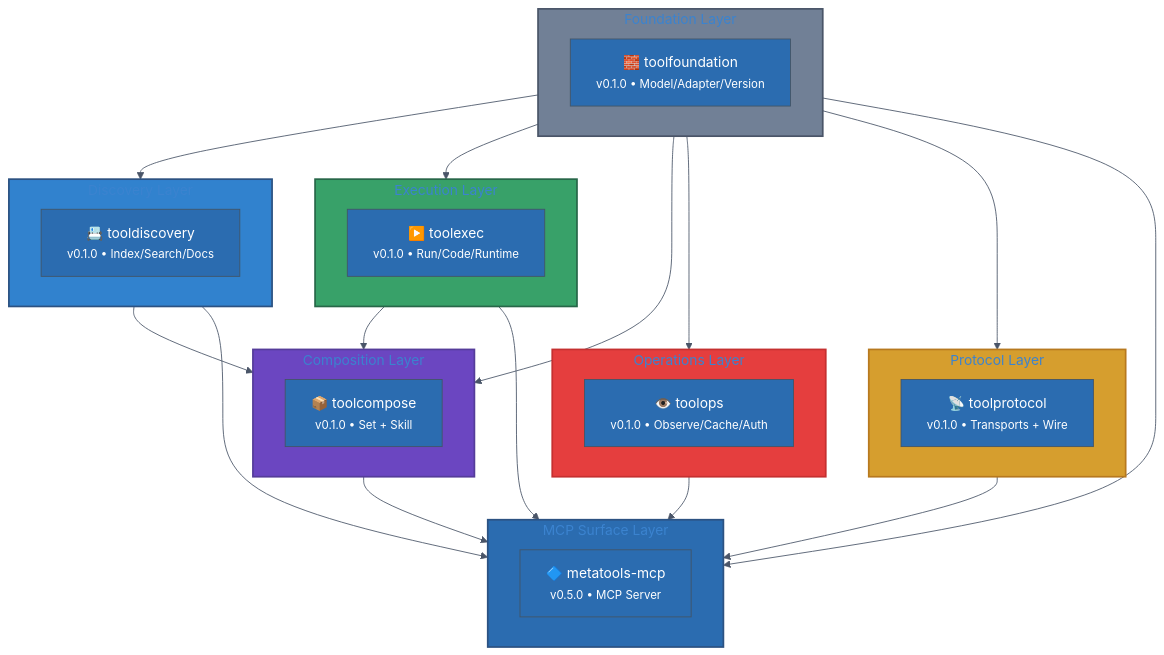
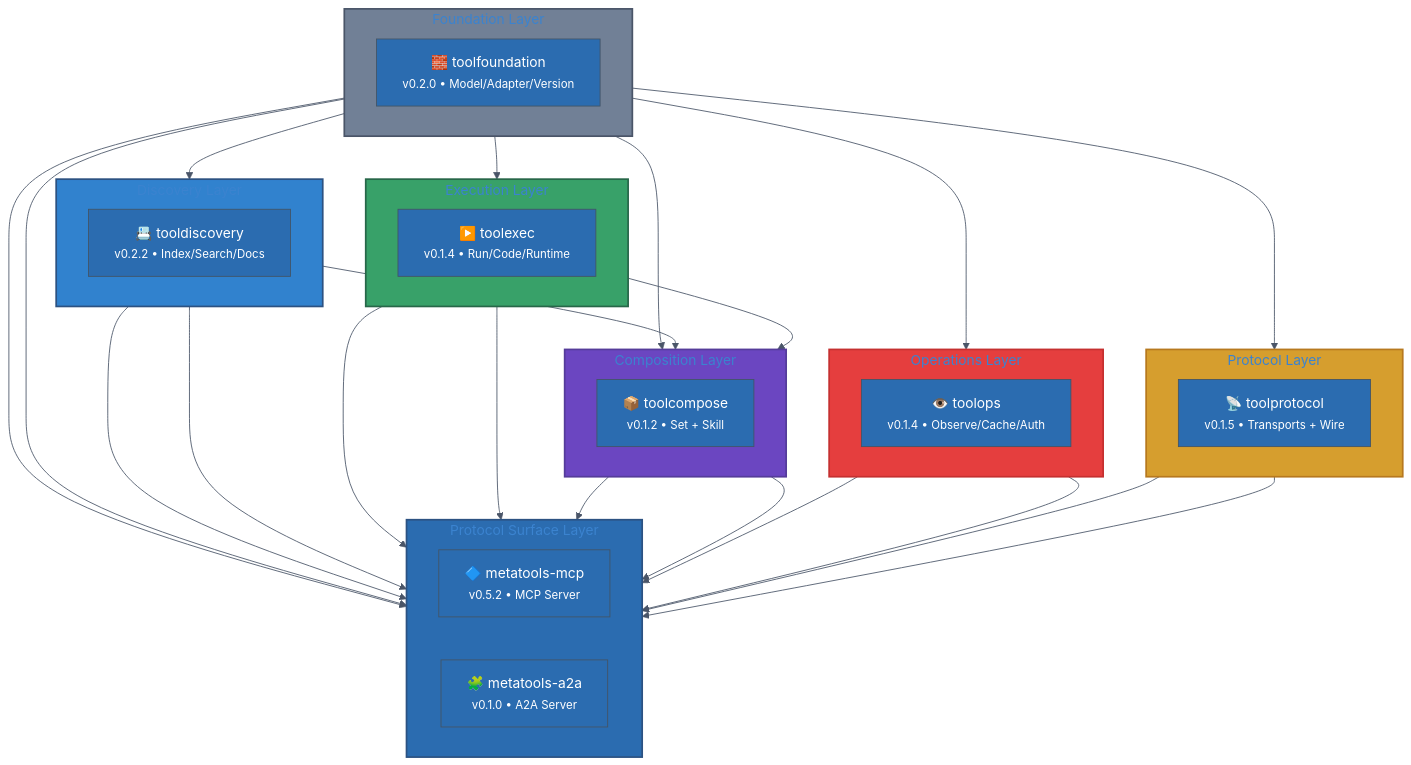
Before and after one commit to jonwraymond/ai-tools-stack: the second of 7 diagrams in docs/architecture/overview.md, drawn with Mermaid. The commit also changed other lines of this file and 29 other files, not shown here.

Commit message:
feat: add A2A docs, diagrams, and version sync

````diff
--- a/docs/architecture/overview.md
+++ b/docs/architecture/overview.md
@@ -52,62 +60,70 @@
 ```mermaid
 %%{init: {'theme': 'base', 'themeVariables': {'primaryColor': '#2b6cb0', 'primaryTextColor': '#fff', 'lineColor': '#4a5568'}}}%%
 flowchart TB
-    subgraph surface["MCP Surface Layer"]
+    subgraph surface["Protocol Surface Layer"]
         direction LR
-        metatools["🔷 metatools-mcp<br/><small>v0.5.0 • MCP Server</small>"]
+        metatools["🔷 metatools-mcp<br/><small>v0.5.2 • MCP Server</small>"]
+        metatoolsA2A["🧩 metatools-a2a<br/><small>v0.1.0 • A2A Server</small>"]
     end
 
     subgraph protocol["Protocol Layer"]
         direction LR
-        toolprotocol["📡 toolprotocol<br/><small>v0.1.0 • Transports + Wire</small>"]
+        toolprotocol["📡 toolprotocol<br/><small>v0.1.5 • Transports + Wire</small>"]
     end
 
     subgraph operations["Operations Layer"]
         direction LR
-        toolops["👁️ toolops<br/><small>v0.1.0 • Observe/Cache/Auth</small>"]
+        toolops["👁️ toolops<br/><small>v0.1.4 • Observe/Cache/Auth</small>"]
     end
 
     subgraph composition["Composition Layer"]
         direction LR
-        toolcompose["📦 toolcompose<br/><small>v0.1.0 • Set + Skill</small>"]
+        toolcompose["📦 toolcompose<br/><small>v0.1.2 • Set + Skill</small>"]
     end
 
     subgraph execution["Execution Layer"]
         direction LR
-        toolexec["▶️ toolexec<br/><small>v0.1.0 • Run/Code/Runtime</small>"]
+        toolexec["▶️ toolexec<br/><small>v0.1.4 • Run/Code/Runtime</small>"]
     end
 
     subgraph discovery["Discovery Layer"]
         direction LR
-        tooldiscovery["📇 tooldiscovery<br/><small>v0.1.0 • Index/Search/Docs</small>"]
+        tooldiscovery["📇 tooldiscovery<br/><small>v0.2.2 • Index/Search/Docs</small>"]
     end
 
     subgraph foundation["Foundation Layer"]
         direction LR
-        toolfoundation["🧱 toolfoundation<br/><small>v0.1.0 • Model/Adapter/Version</small>"]
+        toolfoundation["🧱 toolfoundation<br/><small>v0.2.0 • Model/Adapter/Version</small>"]
     end
 
     toolfoundation --> tooldiscovery
     toolfoundation --> toolexec
     toolfoundation --> toolprotocol
     toolfoundation --> toolops
     toolfoundation --> toolcompose
 
     tooldiscovery --> toolcompose
     toolexec --> toolcompose
 
     toolprotocol --> metatools
     toolops --> metatools
     toolcompose --> metatools
     toolexec --> metatools
     tooldiscovery --> metatools
     toolfoundation --> metatools
 
+    toolprotocol --> metatoolsA2A
+    toolops --> metatoolsA2A
+    toolcompose --> metatoolsA2A
+    toolexec --> metatoolsA2A
+    tooldiscovery --> metatoolsA2A
+    toolfoundation --> metatoolsA2A
+
     style surface fill:#2b6cb0,stroke:#2c5282,stroke-width:2px
     style protocol fill:#d69e2e,stroke:#b7791f,stroke-width:2px
     style operations fill:#e53e3e,stroke:#c53030,stroke-width:2px
     style composition fill:#6b46c1,stroke:#553c9a,stroke-width:2px
     style execution fill:#38a169,stroke:#276749,stroke-width:2px
     style discovery fill:#3182ce,stroke:#2c5282,stroke-width:2px
     style foundation fill:#718096,stroke:#4a5568,stroke-width:2px
 ```
````
